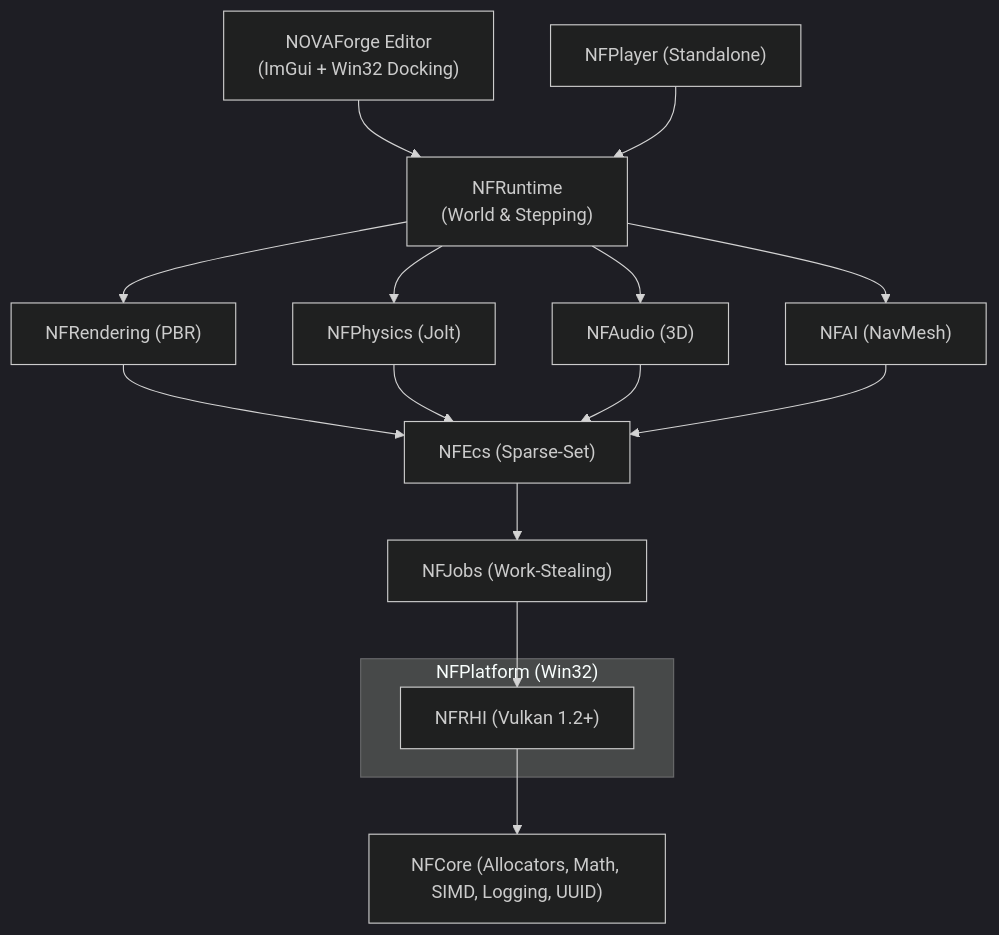
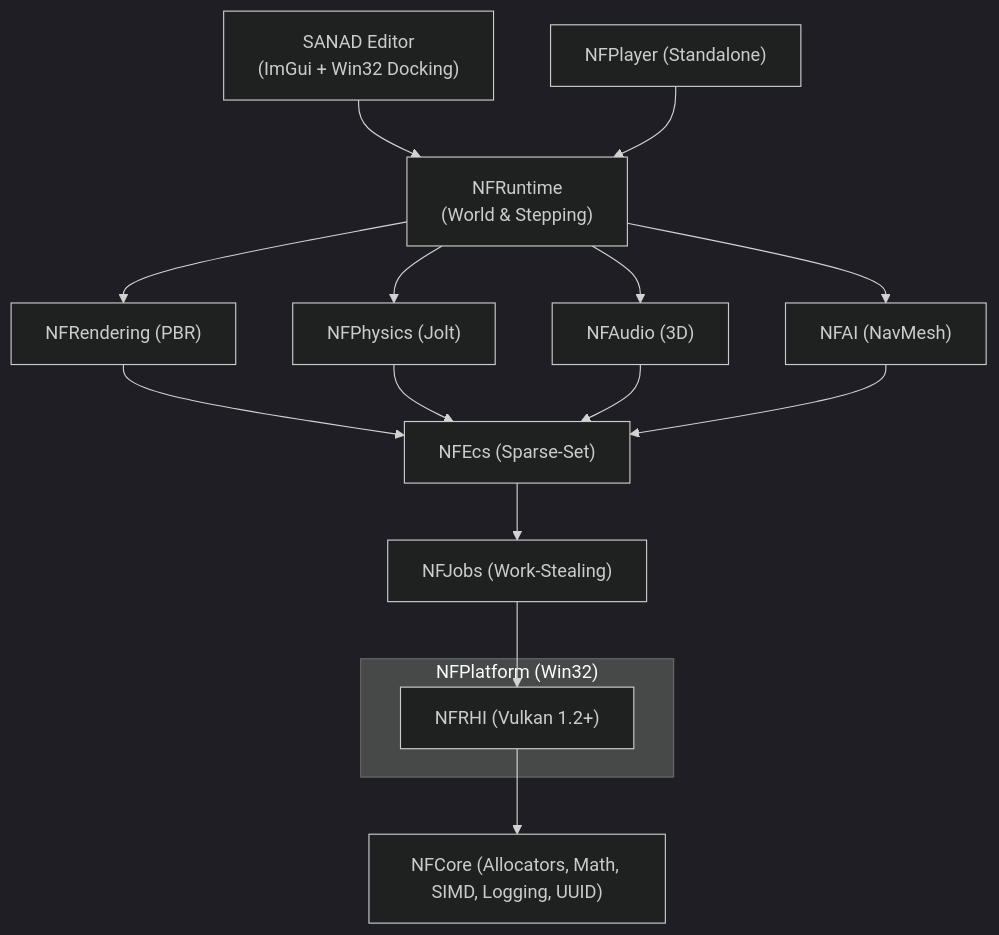
Before and after one commit to abdallah2183/SANAD-Engine: the diagram in README.md, drawn with Mermaid (dark theme). The commit also changed other lines of this file and 176 other files, not shown here.

First line of the commit message:
refactor: rename NOVAForge -> SANAD across the whole tree

````diff
--- a/README.md
+++ b/README.md
@@ -130,21 +130,21 @@
 ```mermaid
 flowchart TD
-    Editor["NOVAForge Editor<br/>(ImGui + Win32 Docking)"]
+    Editor["SANAD Editor<br/>(ImGui + Win32 Docking)"]
     Player["NFPlayer (Standalone)"]
     Editor --> Runtime["NFRuntime<br/>(World & Stepping)"]
     Player --> Runtime
     Runtime --> Rendering["NFRendering (PBR)"]
     Runtime --> Physics["NFPhysics (Jolt)"]
     Runtime --> Audio["NFAudio (3D)"]
     Runtime --> AI["NFAI (NavMesh)"]
     Rendering --> ECS["NFEcs (Sparse-Set)"]
     Physics --> ECS
     Audio --> ECS
     AI --> ECS
     ECS --> Jobs["NFJobs (Work-Stealing)"]
     Jobs --> RHI["NFRHI (Vulkan 1.2+)"]
     RHI --> Core["NFCore (Allocators, Math, SIMD, Logging, UUID)"]
     subgraph Platform["NFPlatform (Win32)"]
         RHI
     end
 ```
````
